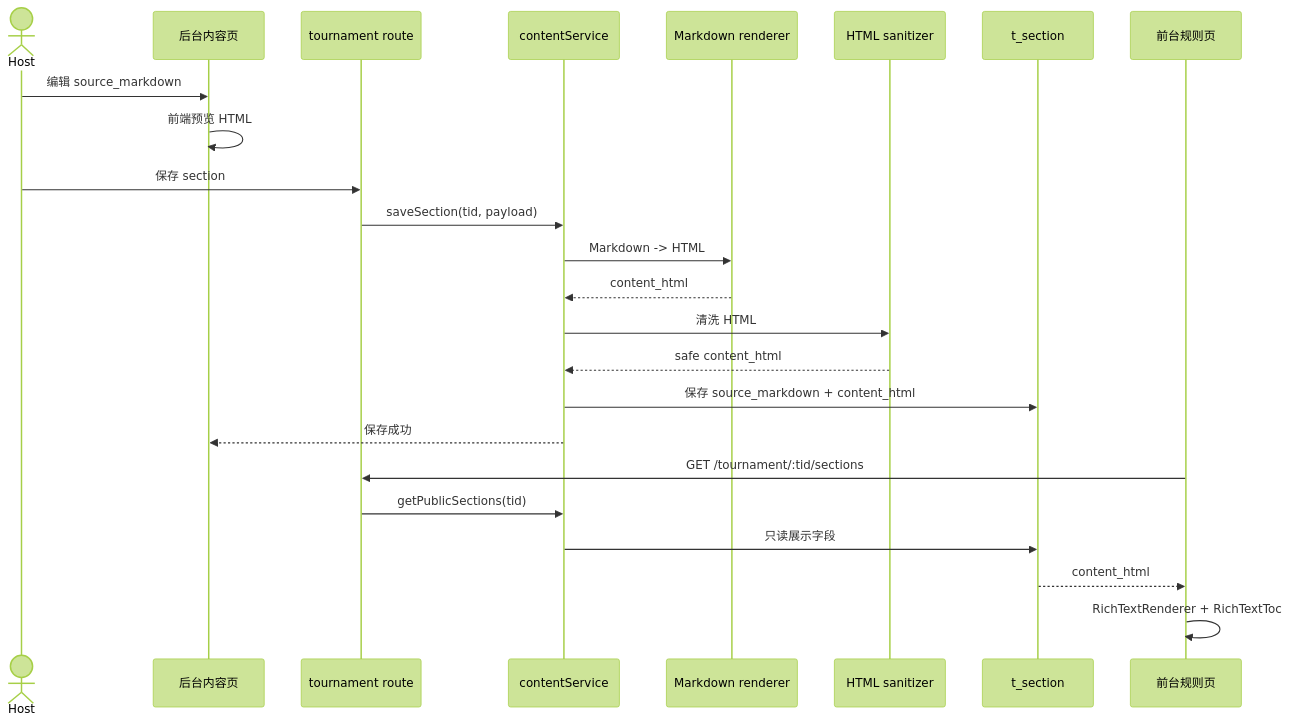
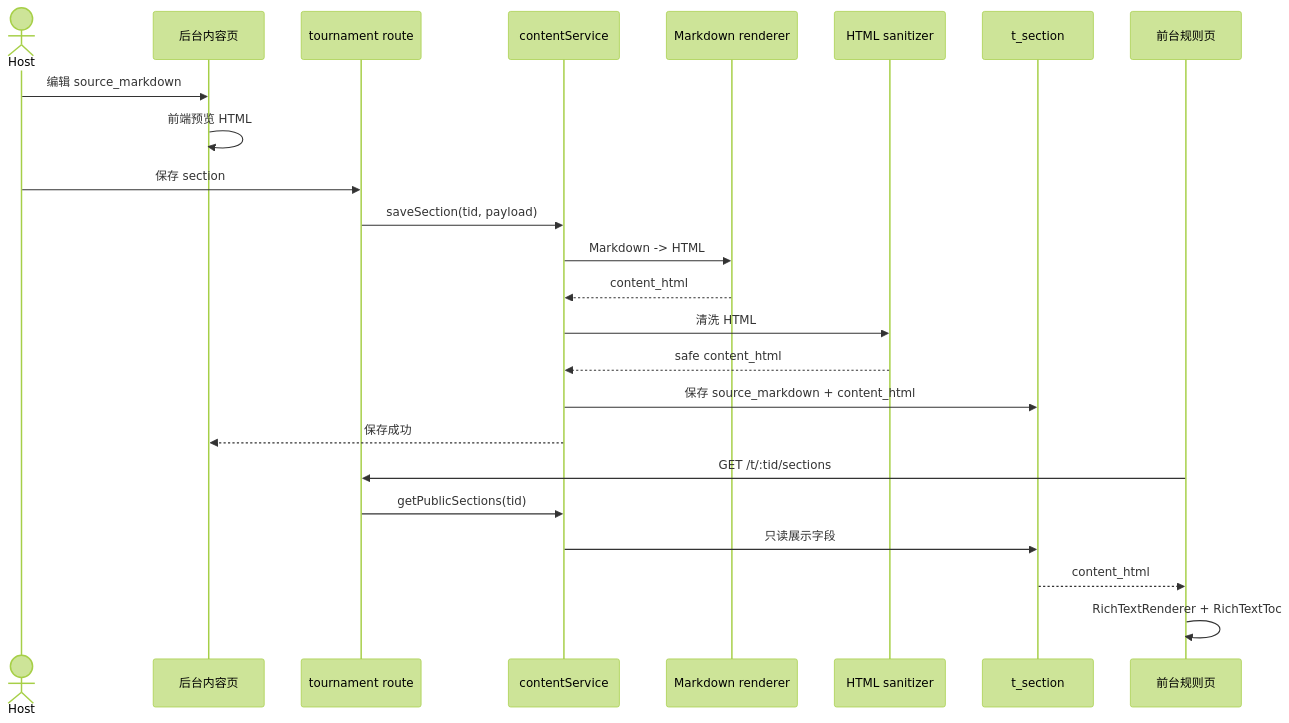
Before and after one commit to 1skyyks1/jack-house-v3: the ninth of 16 diagrams in docs/tournament-architecture.md, drawn with Mermaid (forest theme). The commit also changed other lines of this file and 35 other files, not shown here.

````diff
--- a/docs/tournament-architecture.md
+++ b/docs/tournament-architecture.md
@@ -519,28 +519,28 @@
 ```mermaid
 sequenceDiagram
   actor Host as Host
   participant Admin as 后台内容页
   participant API as tournament route
   participant ContentSvc as contentService
   participant Markdown as Markdown renderer
   participant Sanitizer as HTML sanitizer
   participant DB as t_section
   participant Public as 前台规则页
 
   Host->>Admin: 编辑 source_markdown
   Admin->>Admin: 前端预览 HTML
   Host->>API: 保存 section
   API->>ContentSvc: saveSection(tid, payload)
   ContentSvc->>Markdown: Markdown -> HTML
   Markdown-->>ContentSvc: content_html
   ContentSvc->>Sanitizer: 清洗 HTML
   Sanitizer-->>ContentSvc: safe content_html
   ContentSvc->>DB: 保存 source_markdown + content_html
   ContentSvc-->>Admin: 保存成功
 
-  Public->>API: GET /tournament/:tid/sections
+  Public->>API: GET /t/:tid/sections
   API->>ContentSvc: getPublicSections(tid)
   ContentSvc->>DB: 只读展示字段
   DB-->>Public: content_html
   Public->>Public: RichTextRenderer + RichTextToc
 ```
````
